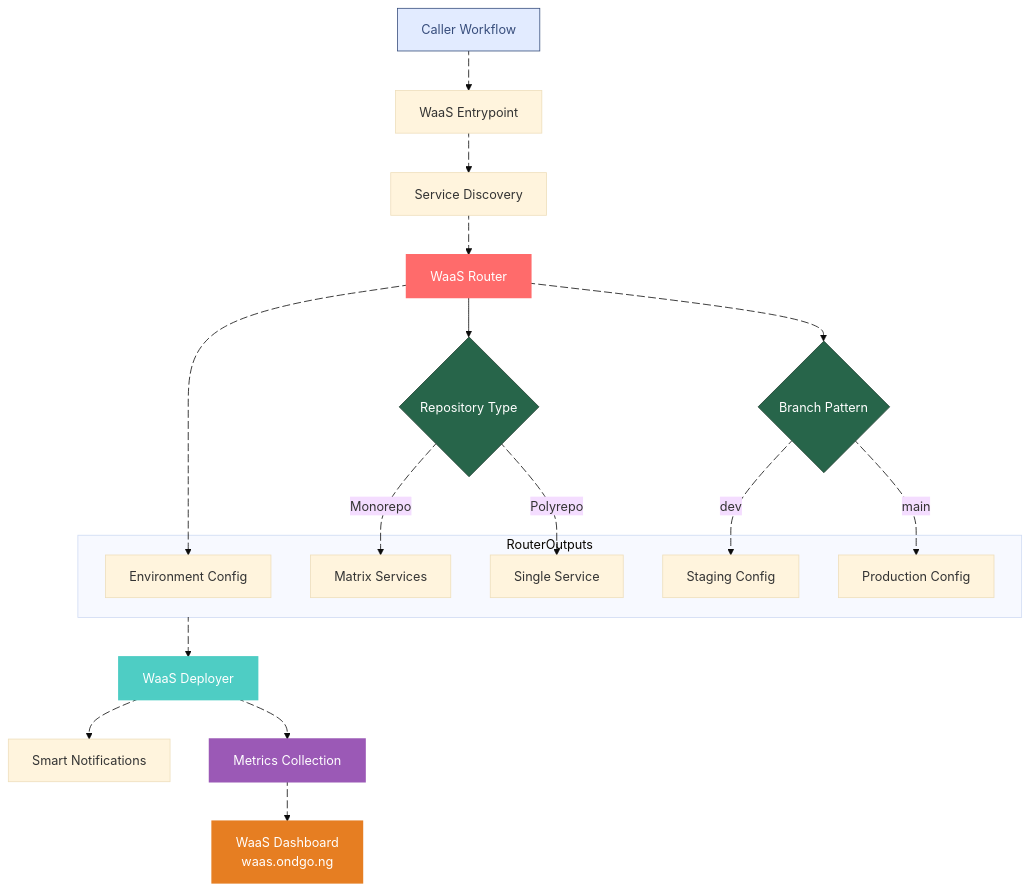
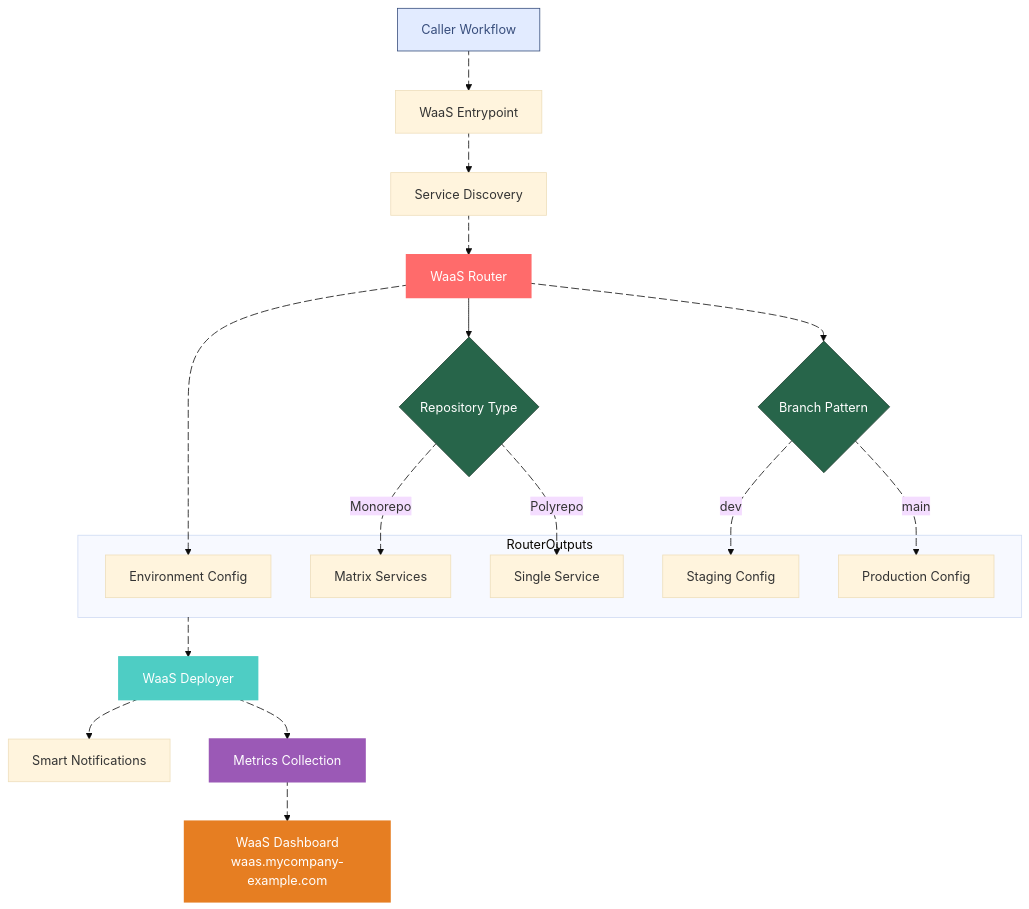
One commit to SeamlessOps/waas changed the first of 2 diagrams in .github/workflows/docs/WAAS.md. Above: the diagram before and after it, drawn with Mermaid (base theme). The commit also changed other lines of this file and 1 other file, not shown here.

````diff
--- a/.github/workflows/docs/WAAS.md
+++ b/.github/workflows/docs/WAAS.md
@@ -15,50 +15,50 @@
 ```mermaid
 flowchart TB
  subgraph RouterOutputs["RouterOutputs"]
         E["Environment Config"]
         I["Matrix Services"]
         J["Single Service"]
         L["Staging Config"]
         M["Production Config"]
   end
     A["Caller Workflow"] L_A_B_0@--> B["WaaS Entrypoint"]
     B L_B_C_0@--> C["Service Discovery"]
     C L_C_D_0@--> D["WaaS Router"]
     D --> H{"Repository Type"} & K{"Branch Pattern"} & E
     H L_H_I_0@-- Monorepo --> I
     H L_H_J_0@-- Polyrepo --> J
     K L_K_L_0@-- dev --> L
     K L_K_M_0@-- main --> M
     RouterOutputs L_RouterOutputs_F_0@--> F["WaaS Deployer"]
     F L_F_G_0@--> G["Smart Notifications"]
     F L_F_N_0@--> N["Metrics Collection"]
-    N L_N_O_0@--> O["WaaS Dashboard<br/>waas.ondgo.ng"]
+    N L_N_O_0@--> O["WaaS Dashboard<br/>waas.mycompany-example.com"]
 
      A:::Sky
      D:::Router
      H:::Pine
      K:::Pine
      F:::Deployer
      N:::Metrics
      O:::Dashboard
     classDef Router stroke-width:2px, stroke:#ff6b6b, fill:#ff6b6b, color:white
     classDef Deployer stroke-width:2px, stroke:#4ecdc4, fill:#4ecdc4, color:white
     classDef Metrics stroke-width:2px, stroke:#9b59b6, fill:#9b59b6, color:white
     classDef Dashboard stroke-width:2px, stroke:#e67e22, fill:#e67e22, color:white
     classDef Pine stroke-width:1px, stroke-dasharray:none, stroke:#254336, fill:#27654A, color:#FFFFFF
     classDef Sky stroke-width:1px, stroke-dasharray:none, stroke:#374D7C, fill:#E2EBFF, color:#374D7C
 
     L_A_B_0@{ animation: fast } 
     L_B_C_0@{ animation: fast } 
     L_C_D_0@{ animation: fast } 
     L_D_K_0@{ animation: fast } 
     L_D_E_0@{ animation: fast } 
     L_H_I_0@{ animation: fast } 
     L_H_J_0@{ animation: fast } 
     L_K_L_0@{ animation: fast } 
     L_K_M_0@{ animation: fast } 
     L_RouterOutputs_F_0@{ animation: fast } 
     L_F_G_0@{ animation: fast }  
     L_F_N_0@{ animation: fast }
     L_N_O_0@{ animation: fast }
 ```
````
